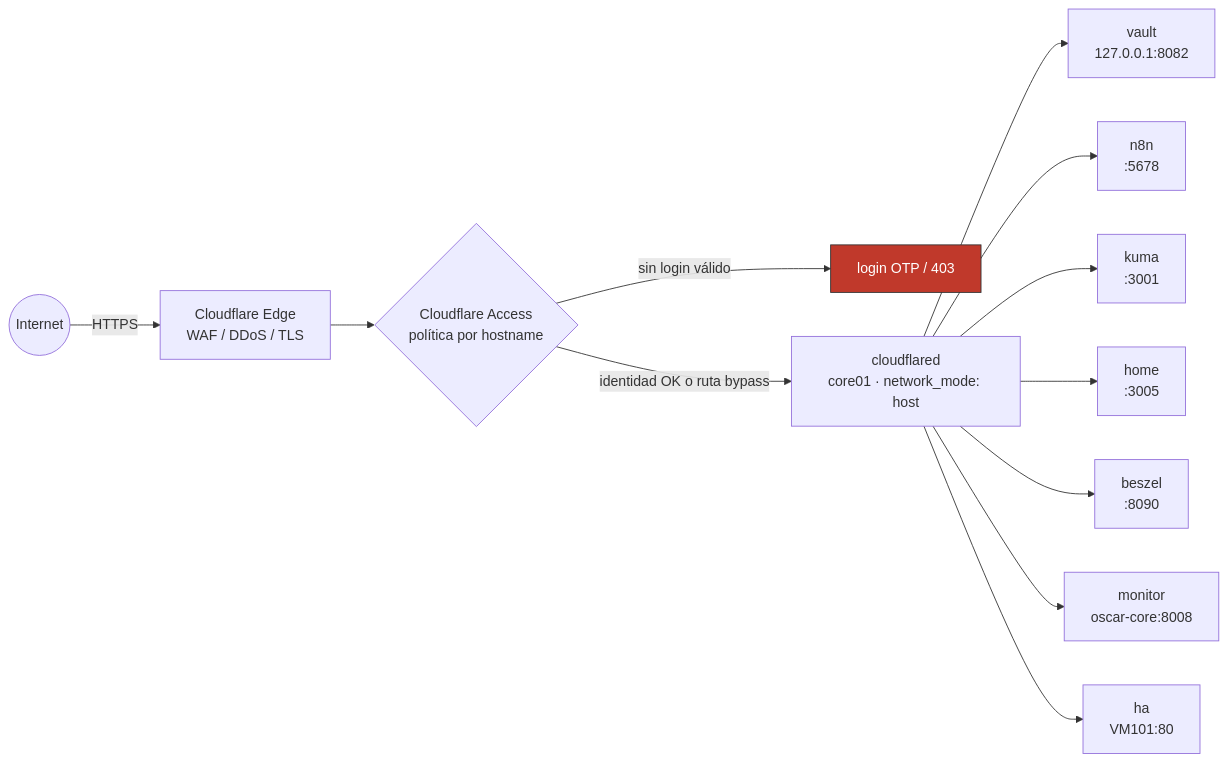
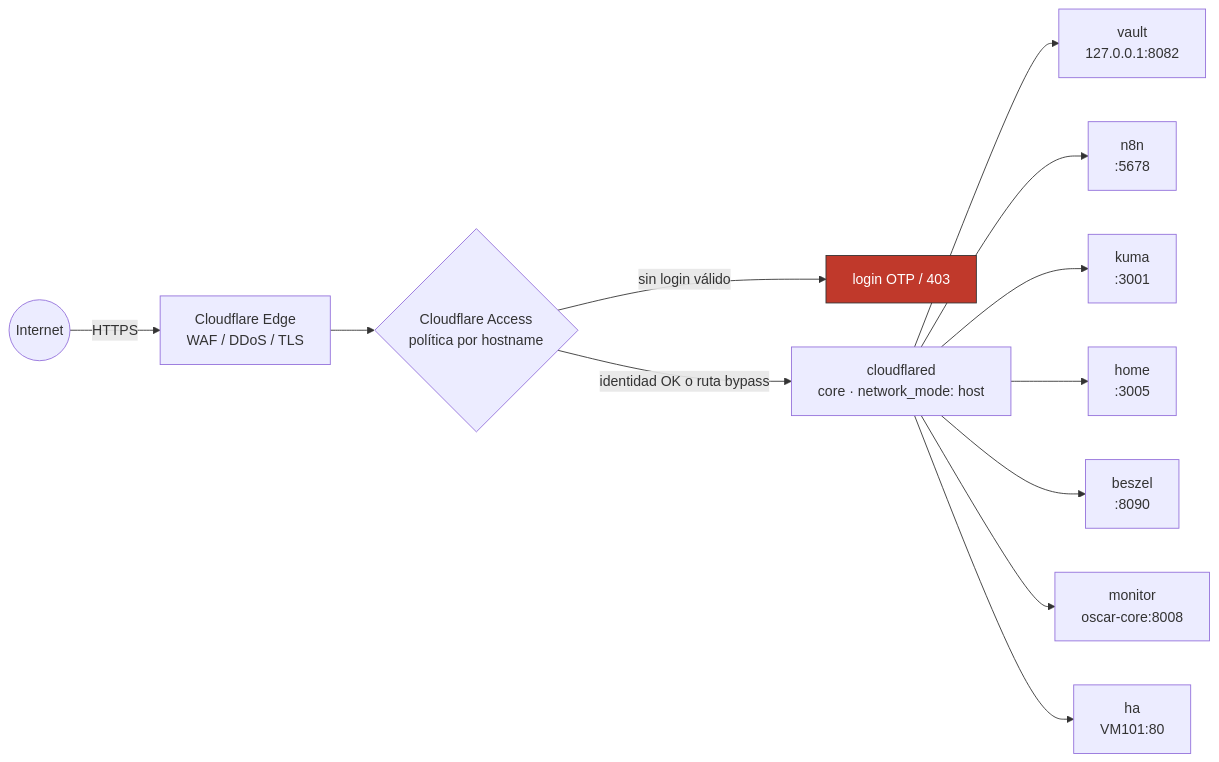
Before and after one commit to rudemex/oscar-homelab: the first of 2 diagrams in docs/servicios/cloudflare-tunnel.md, drawn with Mermaid. The commit also changed other lines of this file and 65 other files, not shown here.

````diff
--- a/docs/servicios/cloudflare-tunnel.md
+++ b/docs/servicios/cloudflare-tunnel.md
@@ -22,17 +22,17 @@
 ```mermaid
 flowchart LR
   INTERNET((Internet)) -->|HTTPS| EDGE[Cloudflare Edge<br/>WAF / DDoS / TLS]
   EDGE --> ACCESS{Cloudflare Access<br/>política por hostname}
   ACCESS -->|sin login válido| DENY[login OTP / 403]
-  ACCESS -->|identidad OK o ruta bypass| TUNNEL[cloudflared<br/>core01 · network_mode: host]
+  ACCESS -->|identidad OK o ruta bypass| TUNNEL[cloudflared<br/>core · network_mode: host]
   TUNNEL --> VAULT["vault<br/>127.0.0.1:8082"]
   TUNNEL --> N8N["n8n<br/>:5678"]
   TUNNEL --> KUMA["kuma<br/>:3001"]
   TUNNEL --> HOME["home<br/>:3005"]
   TUNNEL --> BESZEL["beszel<br/>:8090"]
   TUNNEL --> MONITOR["monitor<br/>oscar-core:8008"]
   TUNNEL --> HA["ha<br/>VM101:80"]
 
   classDef deny fill:#c0392b,stroke:#333,color:#fff;
   class DENY deny
 ```
````
